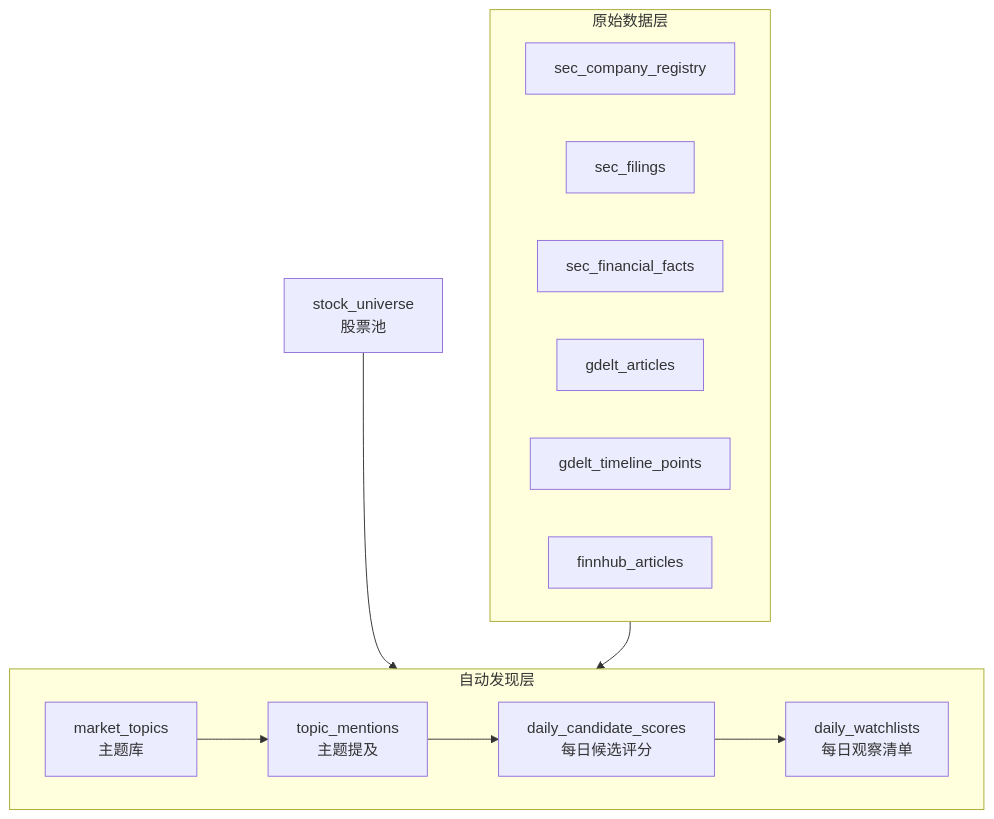
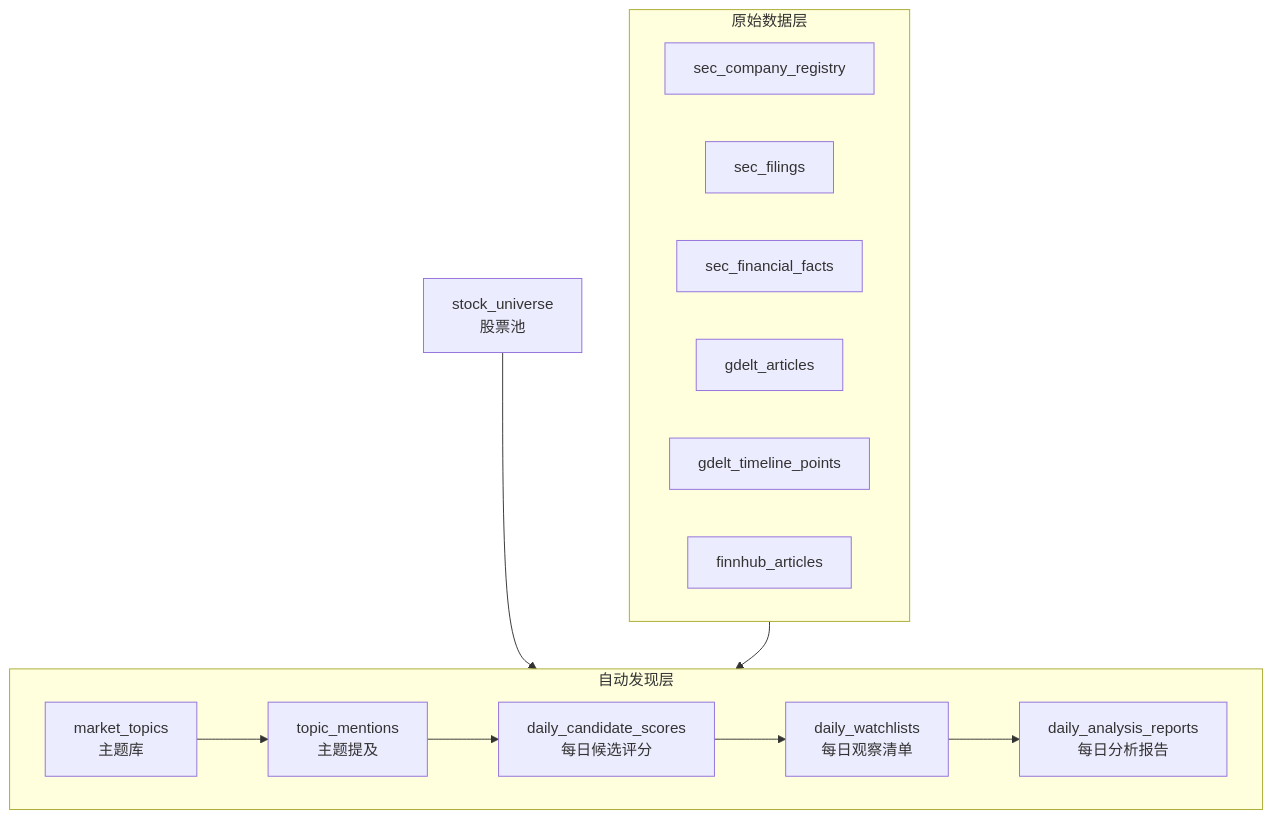
One commit to bobofff/usstock changed the sixth of 7 diagrams in 项目鸟瞰图.md. Above: the diagram before and after it, drawn with Mermaid. The commit also changed other lines of this file and 8 other files, not shown here.

````diff
--- a/项目鸟瞰图.md
+++ b/项目鸟瞰图.md
@@ -134,26 +160,28 @@
 ```mermaid
 flowchart TB
     Universe["stock_universe<br/>股票池"] --> DiscoveryLayer["自动发现层"]
 
     subgraph Raw["原始数据层"]
         SECRegistry["sec_company_registry"]
         SECFilings["sec_filings"]
         SECFacts["sec_financial_facts"]
         GdeltArticles["gdelt_articles"]
         GdeltTimeline["gdelt_timeline_points"]
         FinnhubArticles["finnhub_articles"]
     end
 
     Raw --> DiscoveryLayer
 
     subgraph DiscoveryLayer["自动发现层"]
         Topics["market_topics<br/>主题库"]
         Mentions["topic_mentions<br/>主题提及"]
         Scores["daily_candidate_scores<br/>每日候选评分"]
         Watchlists["daily_watchlists<br/>每日观察清单"]
+        Reports["daily_analysis_reports<br/>每日分析报告"]
     end
 
     Topics --> Mentions
     Mentions --> Scores
     Scores --> Watchlists
+    Watchlists --> Reports
 ```
````
